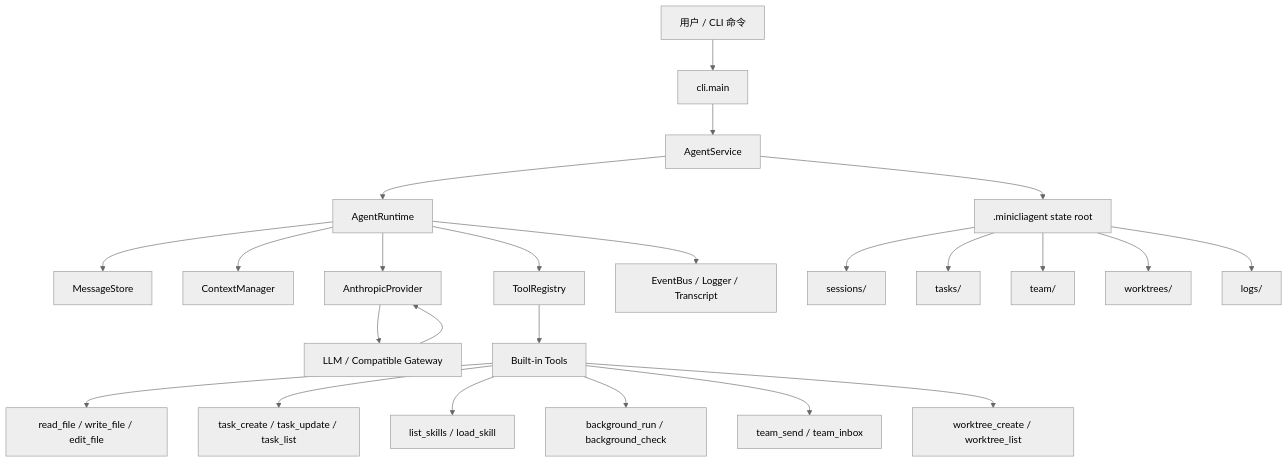
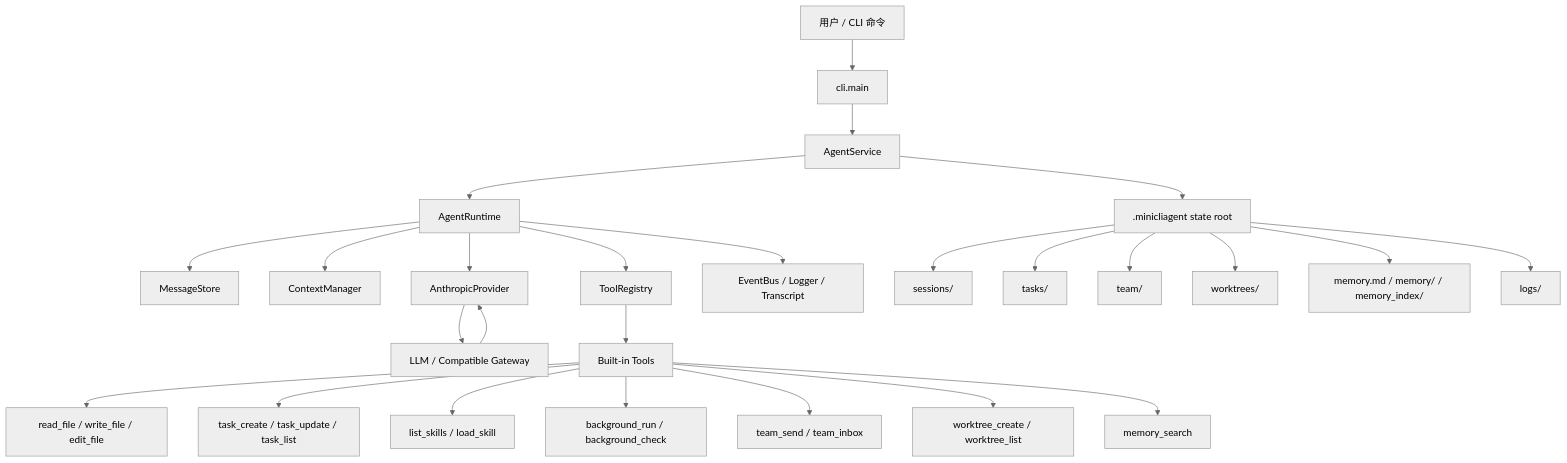
The diagram in dev_spec.md (2568xt/MiniCliAgent), drawn with Mermaid (neutral theme) before and after one commit. The commit also changed other lines of this file and 146 other files, not shown here.

````diff
--- a/dev_spec.md
+++ b/dev_spec.md
@@ -139,30 +143,32 @@
 ```mermaid
 flowchart TD
     U[用户 / CLI 命令] --> CLI[cli.main]
     CLI --> APP[AgentService]
     APP --> RT[AgentRuntime]
 
     RT --> STORE[MessageStore]
     RT --> CTX[ContextManager]
     RT --> REG[ToolRegistry]
     RT --> LLM[AnthropicProvider]
 
     LLM --> MODEL[LLM / Compatible Gateway]
     MODEL --> LLM
 
     REG --> TOOLS[Built-in Tools]
     TOOLS --> FILES[read_file / write_file / edit_file]
     TOOLS --> TASKS[task_create / task_update / task_list]
     TOOLS --> SKILLS[list_skills / load_skill]
     TOOLS --> BG[background_run / background_check]
     TOOLS --> TEAM[team_send / team_inbox]
     TOOLS --> WT[worktree_create / worktree_list]
+    TOOLS --> MEM[memory_search]
 
     RT --> EVENTS[EventBus / Logger / Transcript]
     APP --> STATE[.minicliagent state root]
     STATE --> SESS[sessions/]
     STATE --> TASKDIR[tasks/]
     STATE --> TEAMDIR[team/]
     STATE --> WTDIR[worktrees/]
+    STATE --> MEMORY[memory.md / memory/ / memory_index/]
     STATE --> LOGDIR[logs/]
 ```
````
